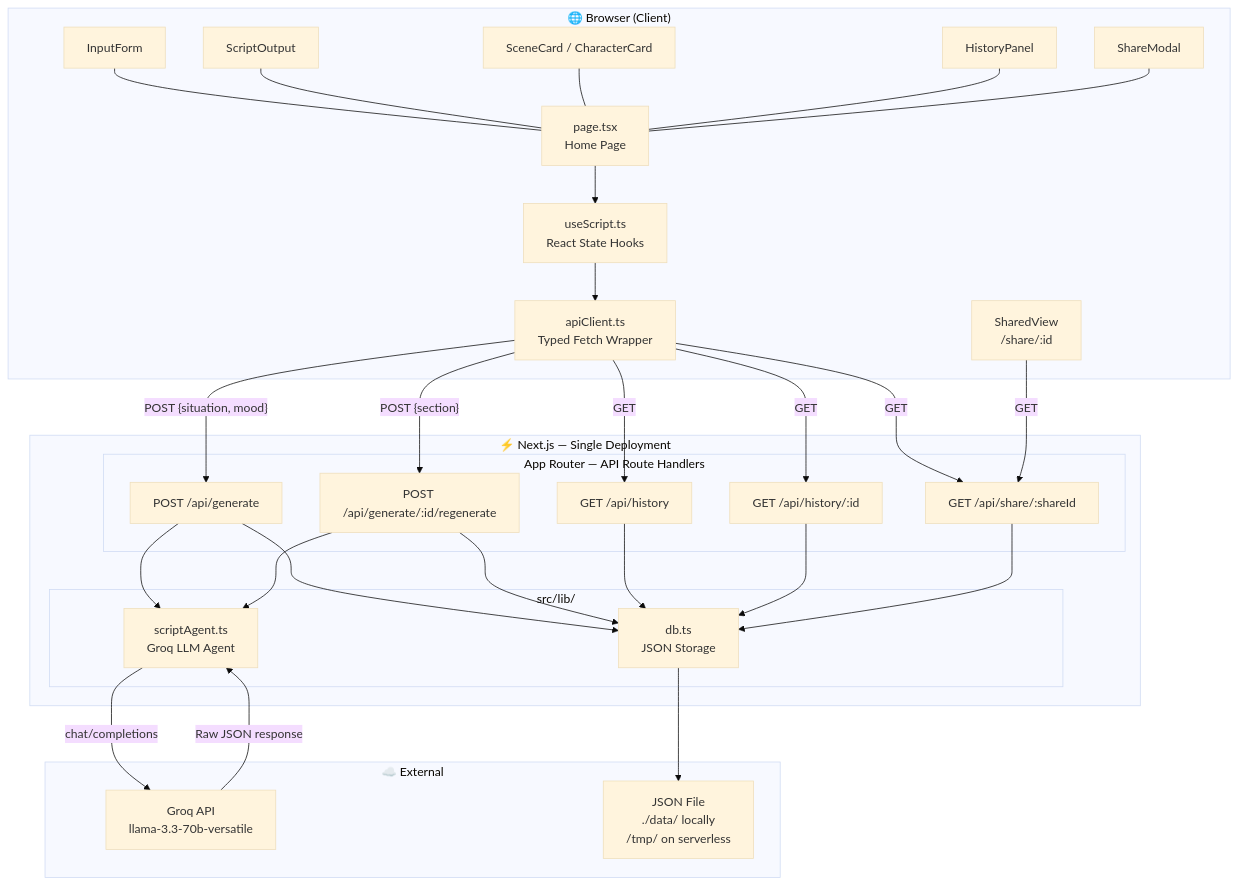
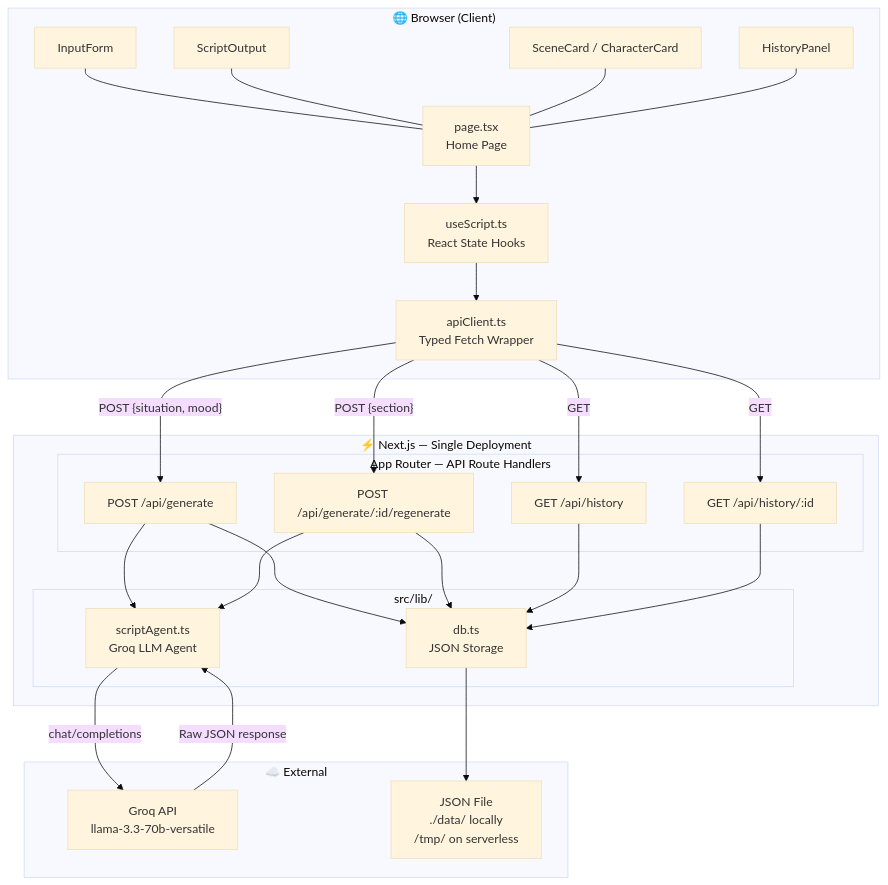
The first of 3 diagrams in README.md (prakharsingh-74/deepshort-Assg), drawn with Mermaid (base theme) before and after one commit. The commit also changed other lines of this file, not shown here.

````diff
--- a/README.md
+++ b/README.md
@@ -125,54 +120,48 @@
 ```mermaid
 graph TD
     subgraph Browser["🌐 Browser (Client)"]
         UI["page.tsx\nHome Page"]
         Hook["useScript.ts\nReact State Hooks"]
         AC["apiClient.ts\nTyped Fetch Wrapper"]
         C1["InputForm"]
         C2["ScriptOutput"]
         C3["SceneCard / CharacterCard"]
         C4["HistoryPanel"]
-        C5["ShareModal"]
-        SV["SharedView\n/share/:id"]
     end
 
     subgraph NextJS["⚡ Next.js — Single Deployment"]
         subgraph API["App Router — API Route Handlers"]
             R1["POST /api/generate"]
             R2["POST /api/generate/:id/regenerate"]
             R3["GET  /api/history"]
             R4["GET  /api/history/:id"]
-            R5["GET  /api/share/:shareId"]
         end
 
         subgraph Lib["src/lib/"]
             Agent["scriptAgent.ts\nGroq LLM Agent"]
             DB["db.ts\nJSON Storage"]
         end
     end
 
     subgraph External["☁️ External"]
         Groq["Groq API\nllama-3.3-70b-versatile"]
         FS["JSON File\n./data/ locally\n/tmp/ on serverless"]
     end
 
     UI --> Hook --> AC
     AC -->|"POST {situation, mood}"| R1
     AC -->|"POST {section}"| R2
     AC -->|GET| R3
     AC -->|GET| R4
-    AC -->|GET| R5
 
     R1 --> Agent -->|chat/completions| Groq
     R2 --> Agent
     Groq -->|"Raw JSON response"| Agent
 
     R1 --> DB --> FS
     R2 --> DB
     R3 --> DB
     R4 --> DB
-    R5 --> DB
 
-    C1 & C2 & C3 & C4 & C5 --- UI
-    SV -->|GET| R5
+    C1 & C2 & C3 & C4 --- UI
 ```
````
